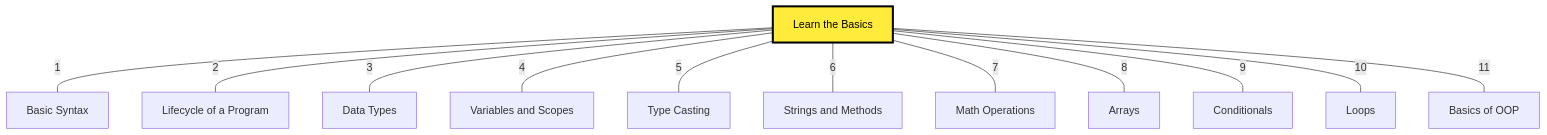
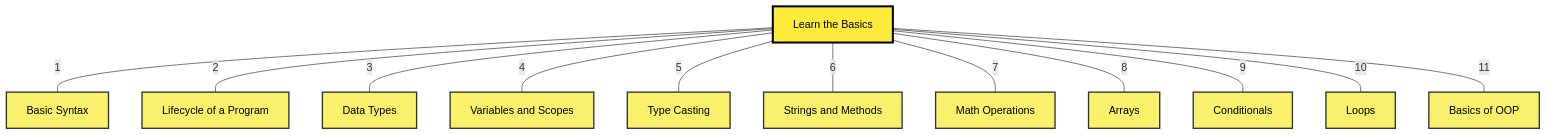
One commit to DileepKumar108/Corporate-Banking-App changed the diagram in docs/10-Java-Roadmap.md. Above: the diagram before and after it, drawn with Mermaid. The commit also changed 2 other files, not shown here.

Commit message:
Docs: Restore clickable links with absolute GitHub URLs to fix 404 rendering errors

````diff
--- a/docs/10-Java-Roadmap.md
+++ b/docs/10-Java-Roadmap.md
@@ -9,23 +9,57 @@
 ```mermaid
 graph TD
+    classDef clickable fill:#f9f06b,stroke:#333,stroke-width:2px,color:#000,cursor:pointer;
     classDef center fill:#ffeb3b,stroke:#000,stroke-width:3px,color:#000;
 
     Center[Learn the Basics]
     class Center center
 
     %% Left Side Branches
     Center ---|1| Syntax[Basic Syntax]
     Center ---|2| Life[Lifecycle of a Program]
     Center ---|3| Types[Data Types]
     Center ---|4| Vars[Variables and Scopes]
     Center ---|5| Cast[Type Casting]
 
     %% Right Side Branches
     Center ---|6| Str[Strings and Methods]
     Center ---|7| Math[Math Operations]
     Center ---|8| Arr[Arrays]
     Center ---|9| Cond[Conditionals]
     Center ---|10| Loop[Loops]
     Center ---|11| OOP[Basics of OOP]
 
+    %% Make them all clickable!
+    class Syntax clickable
+    click Syntax "https://github.com/DileepKumar108/Corporate-Banking-App/blob/master/docs/java-roadmap/01-Learn-The-Basics/01-Basic-Syntax.md" "Learn Basic Syntax"
+
+    class Life clickable
+    click Life "https://github.com/DileepKumar108/Corporate-Banking-App/blob/master/docs/java-roadmap/01-Learn-The-Basics/02-Lifecycle.md" "Learn Lifecycle"
+
+    class Types clickable
+    click Types "https://github.com/DileepKumar108/Corporate-Banking-App/blob/master/docs/java-roadmap/01-Learn-The-Basics/03-Data-Types.md" "Learn Data Types"
+
+    class Vars clickable
+    click Vars "https://github.com/DileepKumar108/Corporate-Banking-App/blob/master/docs/java-roadmap/01-Learn-The-Basics/04-Variables-and-Scopes.md" "Learn Variables"
+
+    class Cast clickable
+    click Cast "https://github.com/DileepKumar108/Corporate-Banking-App/blob/master/docs/java-roadmap/01-Learn-The-Basics/05-Type-Casting.md" "Learn Type Casting"
+
+    class Str clickable
+    click Str "https://github.com/DileepKumar108/Corporate-Banking-App/blob/master/docs/java-roadmap/01-Learn-The-Basics/06-Strings-and-Methods.md" "Learn Strings"
+
+    class Math clickable
+    click Math "https://github.com/DileepKumar108/Corporate-Banking-App/blob/master/docs/java-roadmap/01-Learn-The-Basics/07-Math-Operations.md" "Learn Math"
+
+    class Arr clickable
+    click Arr "https://github.com/DileepKumar108/Corporate-Banking-App/blob/master/docs/java-roadmap/01-Learn-The-Basics/08-Arrays.md" "Learn Arrays"
+
+    class Cond clickable
+    click Cond "https://github.com/DileepKumar108/Corporate-Banking-App/blob/master/docs/java-roadmap/01-Learn-The-Basics/09-Conditionals.md" "Learn Conditionals"
+
+    class Loop clickable
+    click Loop "https://github.com/DileepKumar108/Corporate-Banking-App/blob/master/docs/java-roadmap/01-Learn-The-Basics/10-Loops.md" "Learn Loops"
+
+    class OOP clickable
+    click OOP "https://github.com/DileepKumar108/Corporate-Banking-App/blob/master/docs/java-roadmap/01-Learn-The-Basics/11-Basics-of-OOP.md" "Learn OOP"
 ```
````
